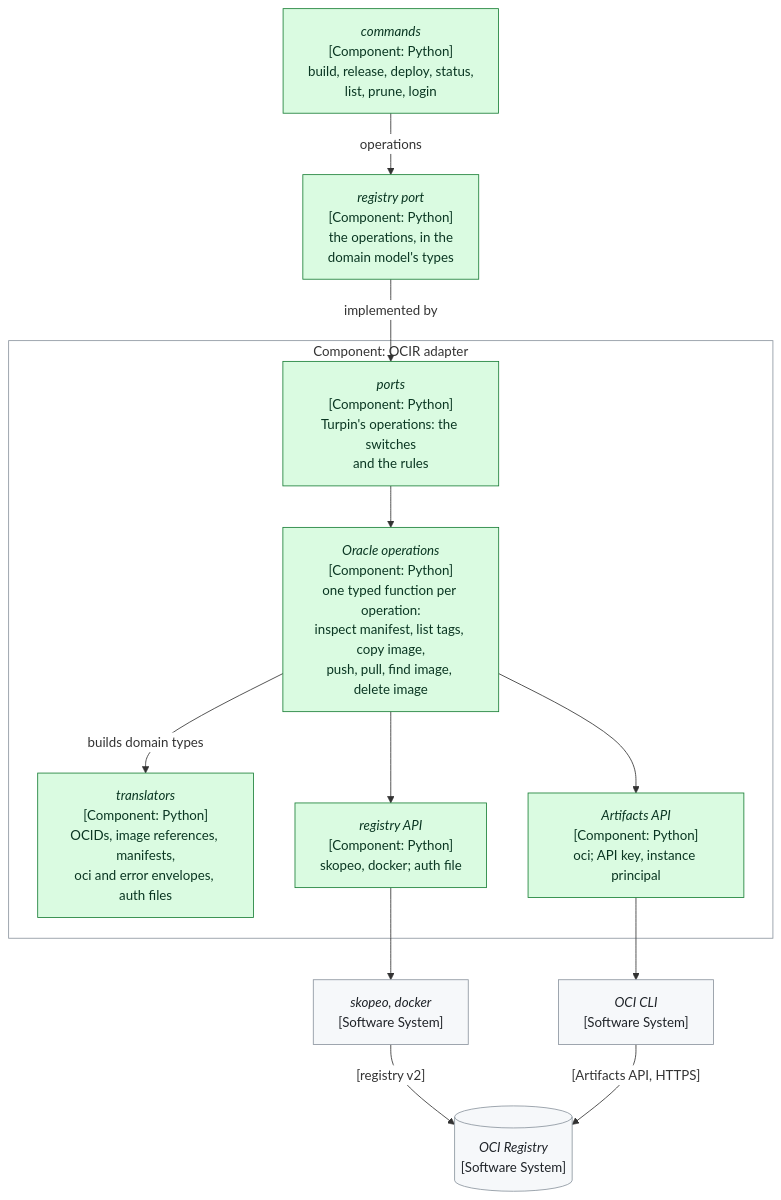
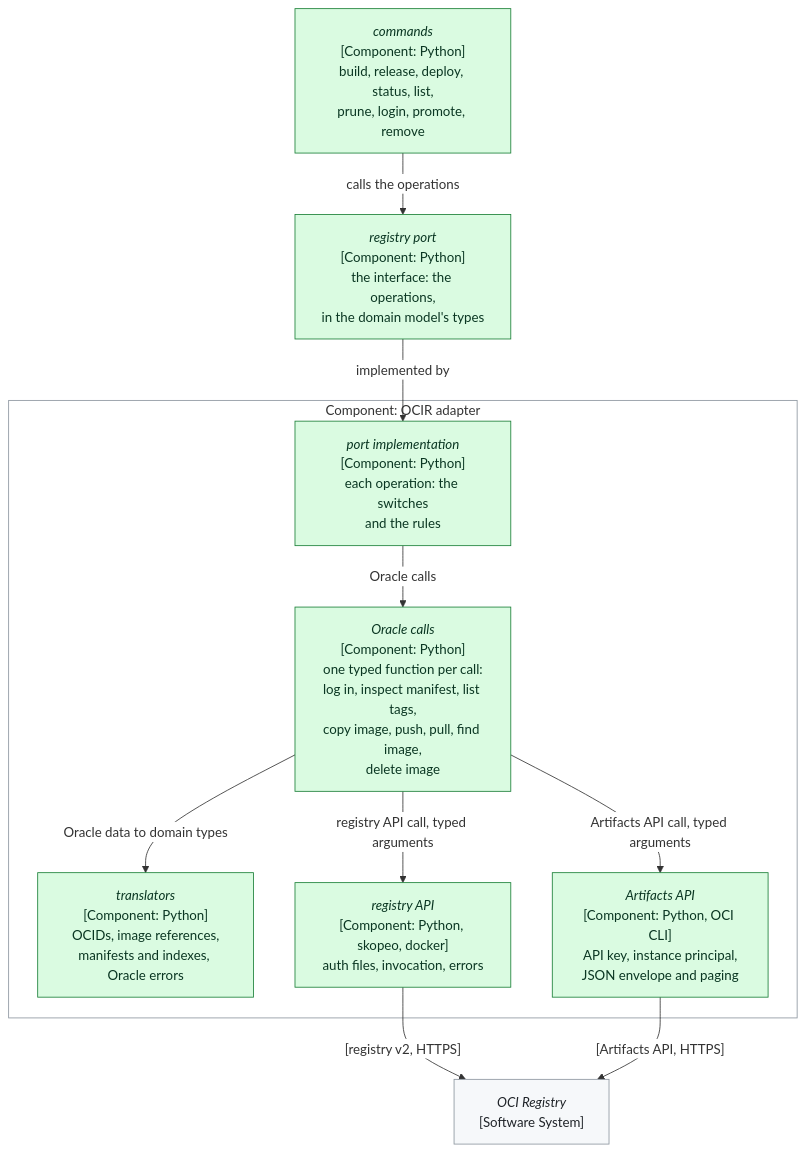
The sixth of 10 diagrams in records/2.5-changes/programme-tooling/117-generic-deliver-tool/design.md (delphside/programme), drawn with Mermaid before and after one commit. The commit also changed other lines of this file and 1 other file, not shown here.

````diff
--- a/records/2.5-changes/programme-tooling/117-generic-deliver-tool/design.md
+++ b/records/2.5-changes/programme-tooling/117-generic-deliver-tool/design.md
@@ -605,31 +645,27 @@
 ```mermaid
 %%{init: {"themeVariables": {"clusterBkg": "#ffffff", "clusterBorder": "#8c959f", "edgeLabelBackground": "#ffffff"}}}%%
 flowchart TB
-  CMD["<i>commands</i><br>[Component: Python]<br>build, release, deploy, status,<br>list, prune, login"]
-  PORT["<i>registry port</i><br>[Component: Python]<br>the operations, in the<br>domain model's types"]
+  CMD["<i>commands</i><br>[Component: Python]<br>build, release, deploy, status, list,<br>prune, login, promote, remove"]
+  PORT["<i>registry port</i><br>[Component: Python]<br>the interface: the operations,<br>in the domain model's types"]
   subgraph OCIRA["Component: OCIR adapter"]
-    TOP["<i>ports</i><br>[Component: Python]<br>Turpin's operations: the switches<br>and the rules"]
-    MID["<i>Oracle operations</i><br>[Component: Python]<br>one typed function per operation:<br>inspect manifest, list tags, copy image,<br>push, pull, find image, delete image"]
-    TRN["<i>translators</i><br>[Component: Python]<br>OCIDs, image references, manifests,<br>oci and error envelopes, auth files"]
-    RAPI["<i>registry API</i><br>[Component: Python]<br>skopeo, docker; auth file"]
-    AAPI["<i>Artifacts API</i><br>[Component: Python]<br>oci; API key, instance principal"]
+    TOP["<i>port implementation</i><br>[Component: Python]<br>each operation: the switches<br>and the rules"]
+    MID["<i>Oracle calls</i><br>[Component: Python]<br>one typed function per call:<br>log in, inspect manifest, list tags,<br>copy image, push, pull, find image,<br>delete image"]
+    TRN["<i>translators</i><br>[Component: Python]<br>OCIDs, image references,<br>manifests and indexes, Oracle errors"]
+    RAPI["<i>registry API</i><br>[Component: Python, skopeo, docker]<br>auth files, invocation, errors"]
+    AAPI["<i>Artifacts API</i><br>[Component: Python, OCI CLI]<br>API key, instance principal,<br>JSON envelope and paging"]
   end
-  SKO["<i>skopeo, docker</i><br>[Software System]"]
-  OCI["<i>OCI CLI</i><br>[Software System]"]
-  REG[("<i>OCI Registry</i><br>[Software System]")]
-  CMD -->|"operations"| PORT
+  REG["<i>OCI Registry</i><br>[Software System]"]
+  CMD -->|"calls the operations"| PORT
   PORT -->|"implemented by"| TOP
-  TOP --> MID
-  MID --> RAPI
-  MID -->|"builds domain types"| TRN
-  MID --> AAPI
-  RAPI --> SKO
-  AAPI --> OCI
-  SKO -->|"[registry v2]"| REG
-  OCI -->|"[Artifacts API, HTTPS]"| REG
+  TOP -->|"Oracle calls"| MID
+  MID -->|"Oracle data to domain types"| TRN
+  MID -->|"registry API call, typed arguments"| RAPI
+  MID -->|"Artifacts API call, typed arguments"| AAPI
+  RAPI -->|"[registry v2, HTTPS]"| REG
+  AAPI -->|"[Artifacts API, HTTPS]"| REG
   classDef unchanged    fill:#f6f8fa,stroke:#8c959f,color:#1f2328
   classDef new          fill:#dafbe1,stroke:#1a7f37,color:#0a3622
   classDef changed      fill:#fff8c5,stroke:#9a6700,color:#4d2d00
   class CMD,PORT,TOP,MID,TRN,RAPI,AAPI new
-  class SKO,OCI,REG unchanged
+  class REG unchanged
 ```
````
